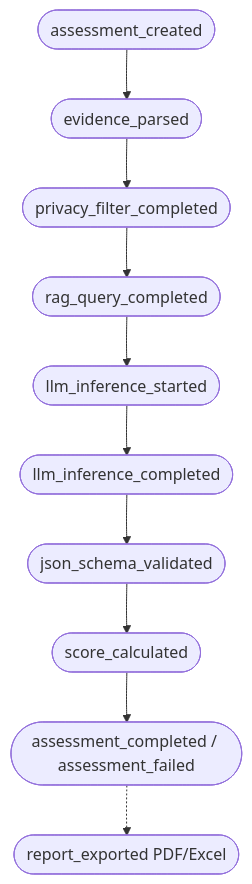
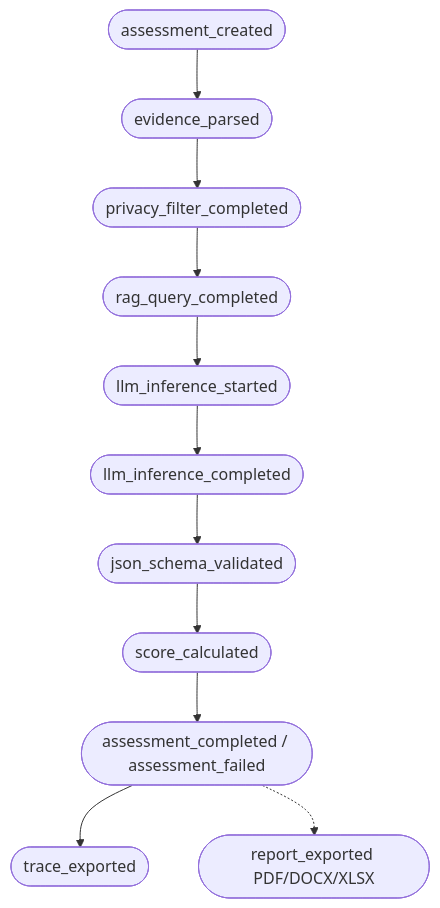
Before and after one commit to NghiaDinh03/CyberAI-Assessment-project: the diagram in docs/AUDIT_TRACE.md, drawn with Mermaid. The commit also changed other lines of this file and 4 other files, not shown here.

Commit message:
docs: update algorithm specs, audit telemetry details, and unified assessment schema in en and vi

````diff
--- a/docs/AUDIT_TRACE.md
+++ b/docs/AUDIT_TRACE.md
@@ -18,12 +22,13 @@
 ```mermaid
 flowchart TD
     A([assessment_created]) --> B([evidence_parsed])
     B --> C([privacy_filter_completed])
     C --> D([rag_query_completed])
     D --> E([llm_inference_started])
     E --> F([llm_inference_completed])
     F --> G([json_schema_validated])
     G --> H([score_calculated])
     H --> I([assessment_completed / assessment_failed])
-    I -.-> J([report_exported PDF/Excel])
+    I --> J([trace_exported])
+    I -.-> K([report_exported PDF/DOCX/XLSX])
 ```
````
